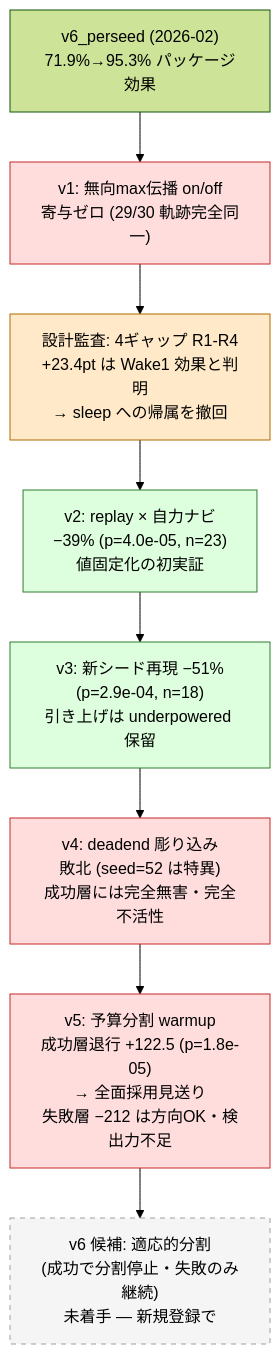
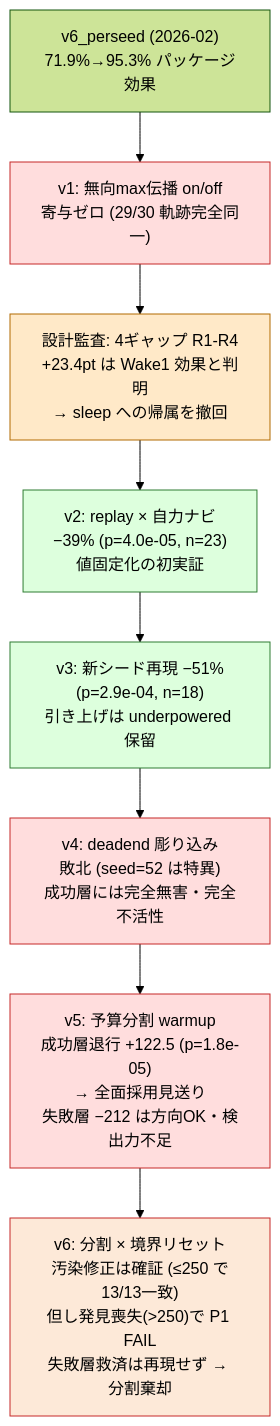
The third of 3 diagrams in experiments/maze/graph_persistent_dg/README.md (miyauchikazuyoshi/InsightSpike-AI), drawn with Mermaid (forest theme) before and after one commit. The commit also changed other lines of this file and 3 other files, not shown here.

````diff
--- a/experiments/maze/graph_persistent_dg/README.md
+++ b/experiments/maze/graph_persistent_dg/README.md
@@ -41,18 +41,18 @@
 ```mermaid
 flowchart TB
     V6P["v6_perseed (2026-02)<br/>71.9%→95.3% パッケージ効果"] --> V1
     V1["v1: 無向max伝播 on/off<br/>寄与ゼロ (29/30 軌跡完全同一)"] --> AUD["設計監査: 4ギャップ R1-R4<br/>+23.4pt は Wake1 効果と判明<br/>→ sleep への帰属を撤回"]
     AUD --> V2["v2: replay × 自力ナビ<br/>−39% (p=4.0e-05, n=23)<br/>値固定化の初実証"]
     V2 --> V3["v3: 新シード再現 −51%<br/>(p=2.9e-04, n=18)<br/>引き上げは underpowered 保留"]
     V3 --> V4["v4: deadend 彫り込み<br/>敗北 (seed=52 は特異)<br/>成功層には完全無害・完全不活性"]
     V4 --> V5["v5: 予算分割 warmup<br/>成功層退行 +122.5 (p=1.8e-05)<br/>→ 全面採用見送り<br/>失敗層 −212 は方向OK・検出力不足"]
-    V5 --> V6C["v6 候補: 適応的分割<br/>(成功で分割停止・失敗のみ継続)<br/>未着手 — 新規登録で"]
+    V5 --> V6["v6: 分割 × 境界リセット<br/>汚染修正は確証 (≤250 で13/13一致)<br/>但し発見喪失(>250)で P1 FAIL<br/>失敗層救済は再現せず → 分割棄却"]
 
     style V1 fill:#fdd,stroke:#c62828
     style V4 fill:#fdd,stroke:#c62828
     style AUD fill:#ffe9c8,stroke:#b26a00
     style V2 fill:#dfd,stroke:#2e7d32
     style V3 fill:#dfd,stroke:#2e7d32
     style V5 fill:#fdd,stroke:#c62828
-    style V6C fill:#f5f5f5,stroke:#9e9e9e,stroke-dasharray: 5 5
+    style V6 fill:#fde9d8,stroke:#c62828
 ```
````
